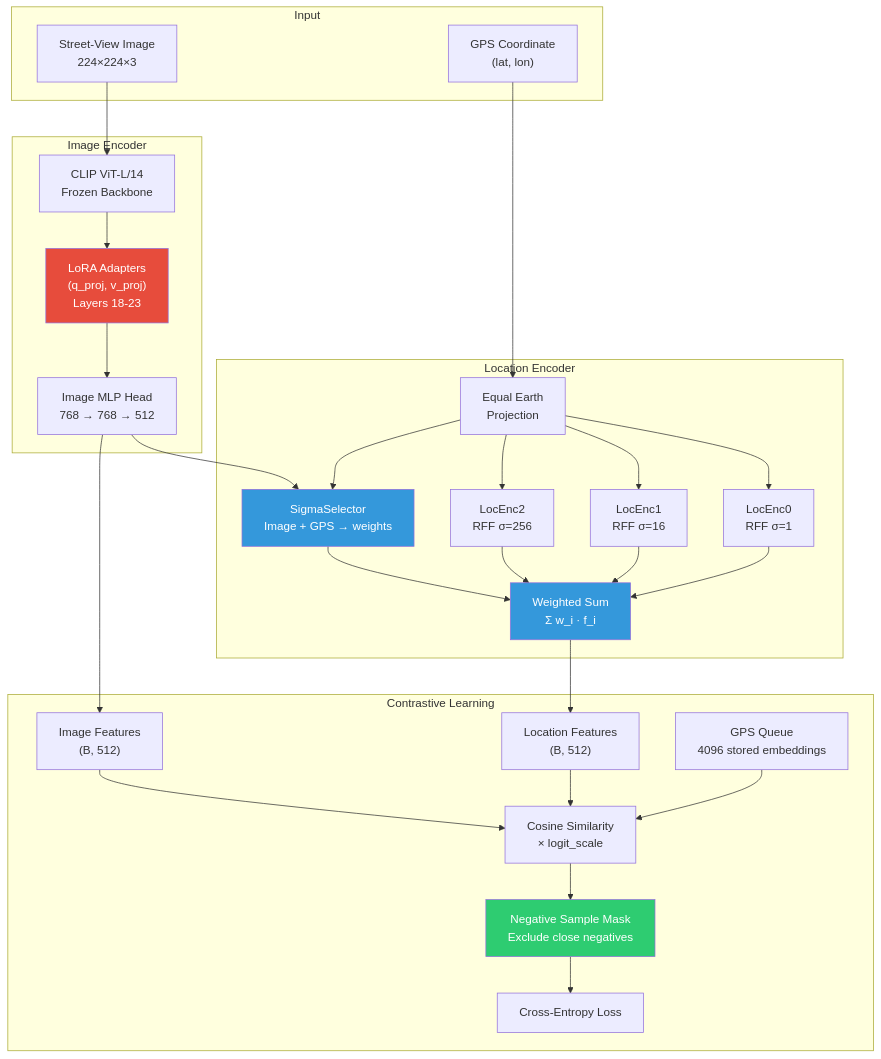
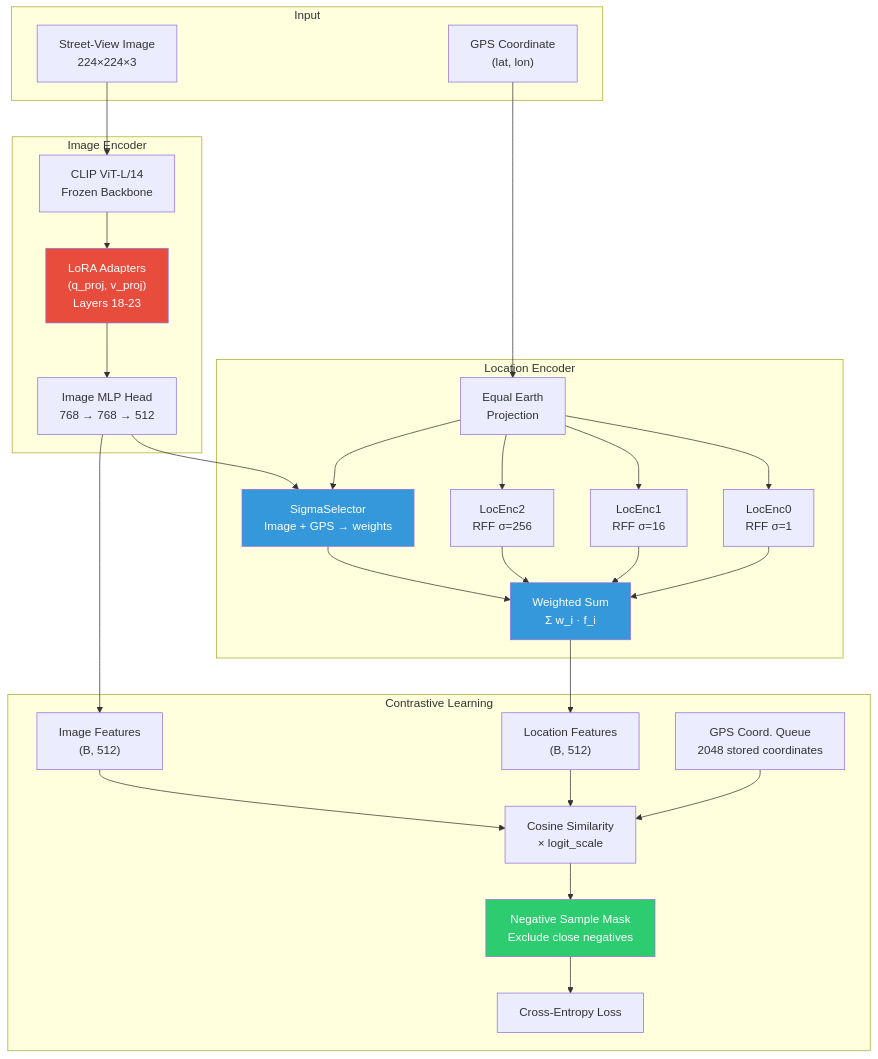
Before and after one commit to Vitalrubbish/GeoTX: the first of 3 diagrams in README.md, drawn with Mermaid. The commit also changed 14 other files, not shown here.

````diff
--- a/README.md
+++ b/README.md
@@ -23,58 +23,58 @@
 ```mermaid
 graph TB
     subgraph Input
         IMG["Street-View Image<br/>224×224×3"]
         GPS["GPS Coordinate<br/>(lat, lon)"]
     end
 
     subgraph ImageEncoder ["Image Encoder"]
         VIT["CLIP ViT-L/14<br/>Frozen Backbone"]
         LORA["LoRA Adapters<br/>(q_proj, v_proj)<br/>Layers 18-23"]
         MLP["Image MLP Head<br/>768 → 768 → 512"]
         VIT --> LORA
         LORA --> MLP
         IMG --> VIT
     end
 
     subgraph LocationEncoder ["Location Encoder"]
         EE["Equal Earth<br/>Projection"]
         RFF0["LocEnc0<br/>RFF σ=1"]
         RFF1["LocEnc1<br/>RFF σ=16"]
         RFF2["LocEnc2<br/>RFF σ=256"]
         SS["SigmaSelector<br/>Image + GPS → weights"]
         FUSION["Weighted Sum<br/>Σ w_i · f_i"]
 
         GPS --> EE
         EE --> RFF0
         EE --> RFF1
         EE --> RFF2
         EE --> SS
         MLP --> SS
         RFF0 --> FUSION
         RFF1 --> FUSION
         RFF2 --> FUSION
         SS --> FUSION
     end
 
     subgraph Contrastive ["Contrastive Learning"]
         I_FEAT["Image Features<br/>(B, 512)"]
         L_FEAT["Location Features<br/>(B, 512)"]
         SIM["Cosine Similarity<br/>× logit_scale"]
-        QUEUE["GPS Queue<br/>4096 stored embeddings"]
+        QUEUE["GPS Coord. Queue<br/>2048 stored coordinates"]
         MASK["Negative Sample Mask<br/>Exclude close negatives"]
         LOSS["Cross-Entropy Loss"]
 
         MLP --> I_FEAT
         FUSION --> L_FEAT
         I_FEAT --> SIM
         L_FEAT --> SIM
         QUEUE --> SIM
         SIM --> MASK
         MASK --> LOSS
     end
 
     style LORA fill:#e74c3c,color:#fff
     style SS fill:#3498db,color:#fff
     style MASK fill:#2ecc71,color:#fff
     style FUSION fill:#3498db,color:#fff
 ```
````
